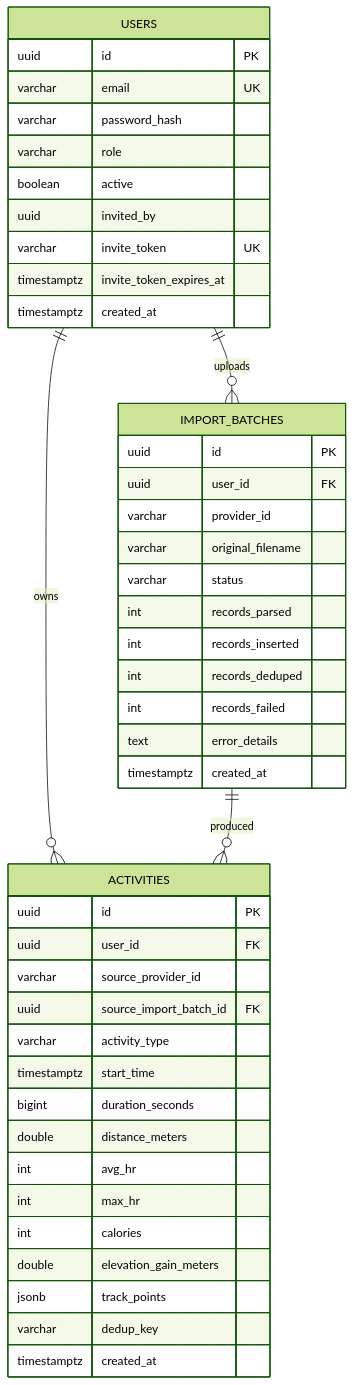
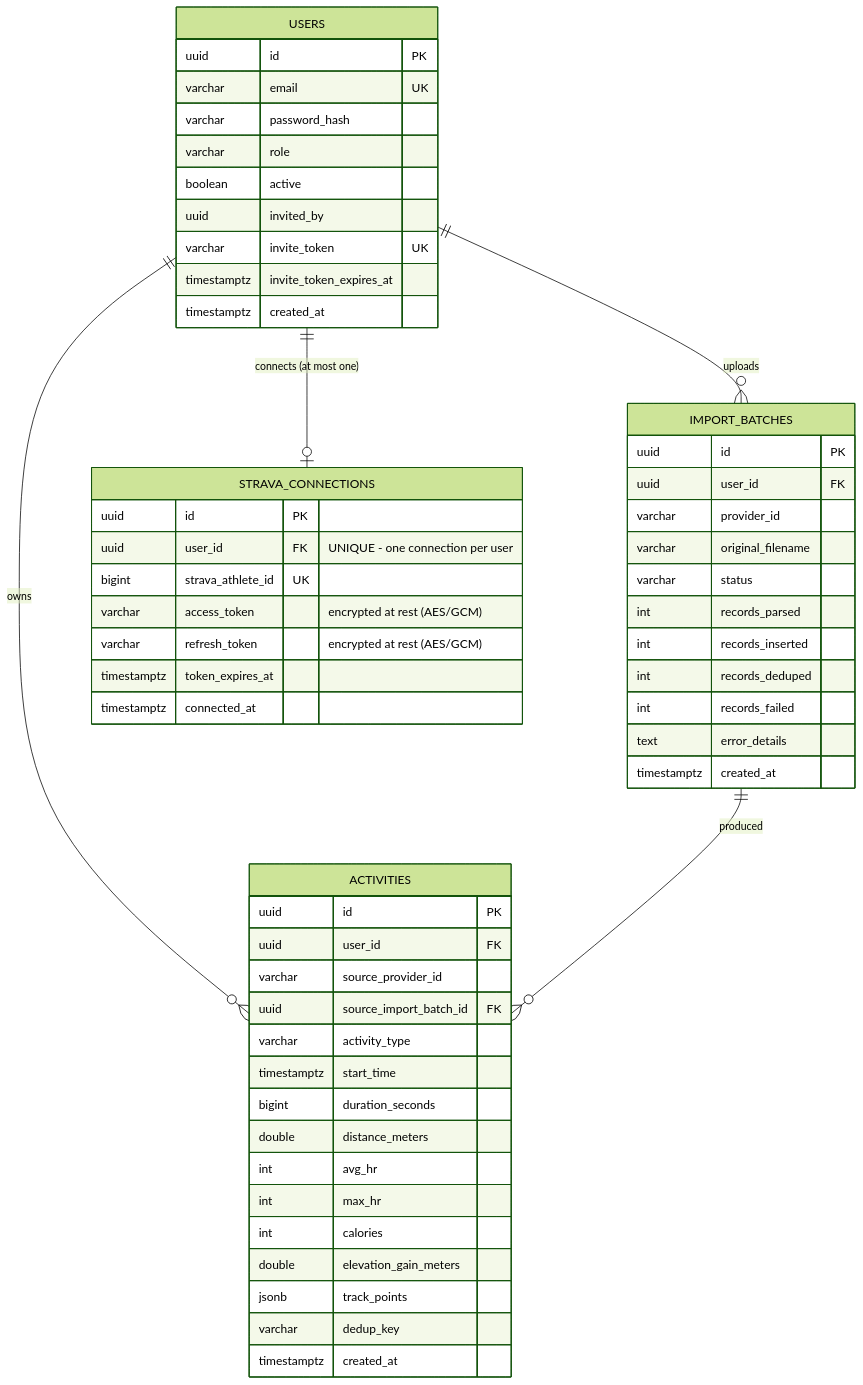
One commit to sgon1853/MySportsApp changed the fourth of 6 diagrams in docs/architecture.md. Above: the diagram before and after it, drawn with Mermaid (forest theme). The commit also changed other lines of this file and 42 other files, not shown here.

````diff
--- a/docs/architecture.md
+++ b/docs/architecture.md
@@ -108,50 +176,61 @@
 ```mermaid
 erDiagram
     USERS ||--o{ IMPORT_BATCHES : "uploads"
     USERS ||--o{ ACTIVITIES : "owns"
+    USERS ||--o| STRAVA_CONNECTIONS : "connects (at most one)"
     IMPORT_BATCHES ||--o{ ACTIVITIES : "produced"
 
     USERS {
         uuid id PK
         varchar email UK
         varchar password_hash
         varchar role
         boolean active
         uuid invited_by
         varchar invite_token UK
         timestamptz invite_token_expires_at
         timestamptz created_at
     }
 
     IMPORT_BATCHES {
         uuid id PK
         uuid user_id FK
         varchar provider_id
         varchar original_filename
         varchar status
         int records_parsed
         int records_inserted
         int records_deduped
         int records_failed
         text error_details
         timestamptz created_at
     }
 
     ACTIVITIES {
         uuid id PK
         uuid user_id FK
         varchar source_provider_id
         uuid source_import_batch_id FK
         varchar activity_type
         timestamptz start_time
         bigint duration_seconds
         double distance_meters
         int avg_hr
         int max_hr
         int calories
         double elevation_gain_meters
         jsonb track_points
         varchar dedup_key
         timestamptz created_at
     }
+
+    STRAVA_CONNECTIONS {
+        uuid id PK
+        uuid user_id FK "UNIQUE - one connection per user"
+        bigint strava_athlete_id UK
+        varchar access_token "encrypted at rest (AES/GCM)"
+        varchar refresh_token "encrypted at rest (AES/GCM)"
+        timestamptz token_expires_at
+        timestamptz connected_at
+    }
 ```
````
